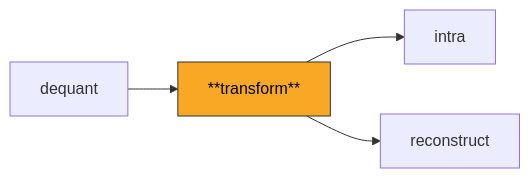
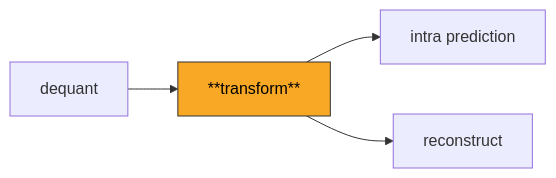
The first of 2 diagrams in transform/README.md (abhiksark/python-h264-scratch), drawn with Mermaid before and after one commit. The commit also changed other lines of this file and 13 other files, not shown here.

````diff
--- a/transform/README.md
+++ b/transform/README.md
@@ -17,7 +20,7 @@
 ```mermaid
 flowchart LR
     DQ[dequant] --> TF["**transform**"]
-    TF --> INTRA[intra]
+    TF --> INTRA[intra prediction]
     TF --> REC[reconstruct]
     style TF fill:#f9a825,stroke:#333,color:#000
 ```
````
